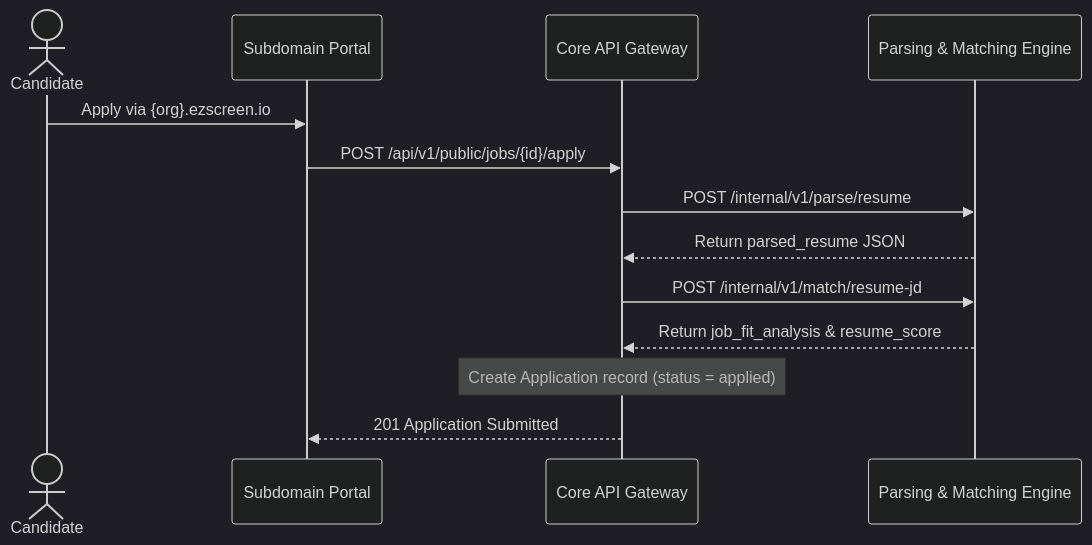
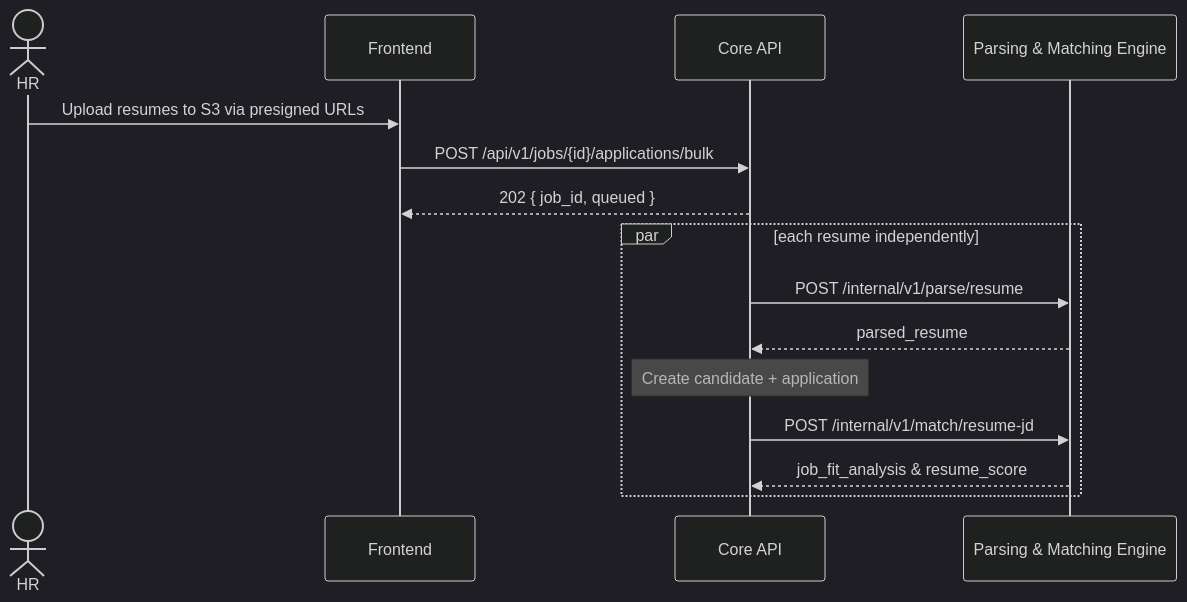
One commit to joshsoftware/EZScreen changed the third of 4 diagrams in docs/requirements/AI_SCREENING_REQUIREMENTS.md. Above: the diagram before and after it, drawn with Mermaid (dark theme). The commit also changed other lines of this file and 139 other files, not shown here.

First line of the commit message:
Core User Flow (#27)

````diff
--- a/docs/requirements/AI_SCREENING_REQUIREMENTS.md
+++ b/docs/requirements/AI_SCREENING_REQUIREMENTS.md
@@ -130,16 +132,19 @@
 ```mermaid
 sequenceDiagram
-    actor C as Candidate
-    participant F as Subdomain Portal
-    participant B as Core API Gateway
+    actor HR as HR
+    participant F as Frontend
+    participant B as Core API
     participant P as Parsing & Matching Engine
 
-    C->>F: Apply via {org}.ezscreen.io
-    F->>B: POST /api/v1/public/jobs/{id}/apply
-    B->>P: POST /internal/v1/parse/resume
-    P-->>B: Return parsed_resume JSON
-    B->>P: POST /internal/v1/match/resume-jd
-    P-->>B: Return job_fit_analysis & resume_score
-    Note over B: Create Application record (status = applied)
-    B-->>F: 201 Application Submitted
+    HR->>F: Upload resumes to S3 via presigned URLs
+    F->>B: POST /api/v1/jobs/{id}/applications/bulk
+    B-->>F: 202 { job_id, queued }
+
+    par each resume independently
+        B->>P: POST /internal/v1/parse/resume
+        P-->>B: parsed_resume
+        Note over B: Create candidate + application
+        B->>P: POST /internal/v1/match/resume-jd
+        P-->>B: job_fit_analysis & resume_score
+    end
 ```
````
